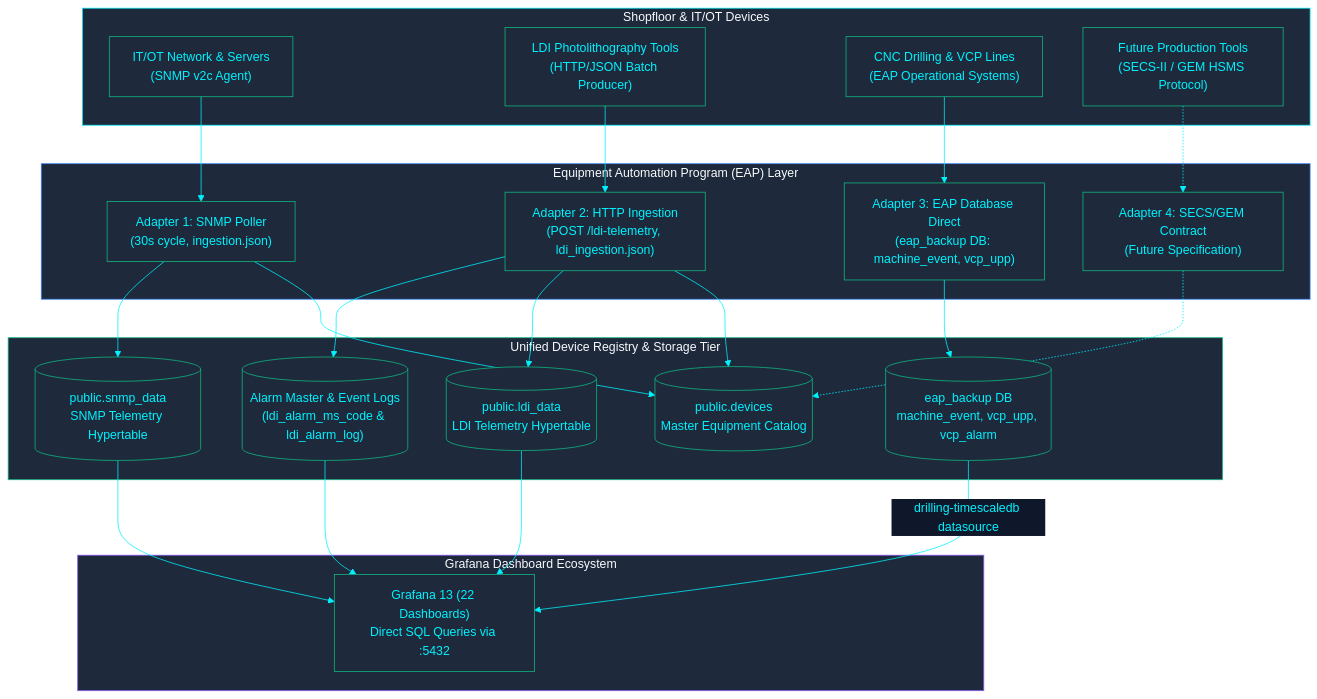
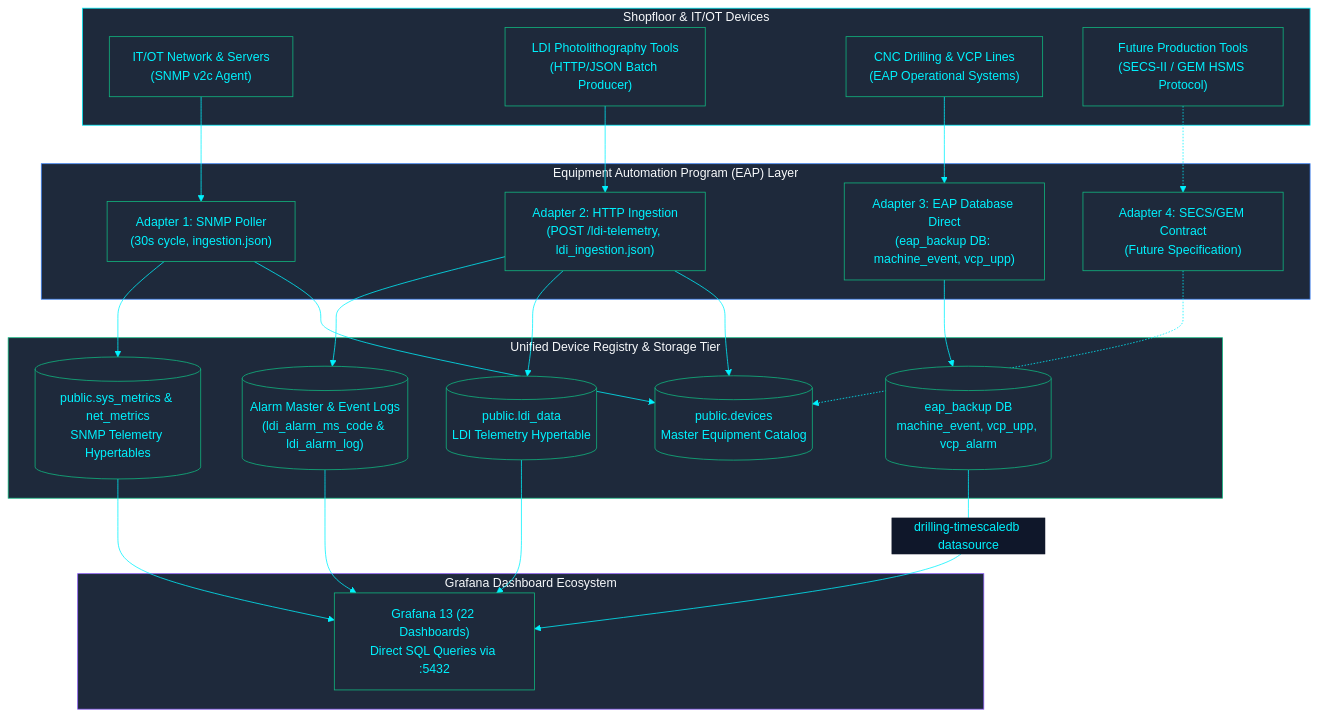
Before and after one commit to PATTANAKORN025/IMS: the diagram in docs/architecture/EAP_ARCHITECTURE.md, drawn with Mermaid. The commit also changed 19 other files, not shown here.

First line of the commit message:
docs(architecture): eliminate phantom snmp_data and align diagrams with true schema

````diff
--- a/docs/architecture/EAP_ARCHITECTURE.md
+++ b/docs/architecture/EAP_ARCHITECTURE.md
@@ -30,47 +30,47 @@
 ```mermaid
 %%{init: {'theme': 'base', 'themeVariables': { 'primaryColor': '#1e293b', 'primaryTextColor': '#00F2FE', 'primaryBorderColor': '#10B981', 'lineColor': '#00F2FE', 'secondaryColor': '#0f172a', 'tertiaryColor': '#0f172a', 'clusterBkg': '#030407', 'clusterBorder': '#00F2FE'}}}%%
 flowchart TB
   subgraph SOURCES["Shopfloor & IT/OT Devices"]
     S1["IT/OT Network & Servers\n(SNMP v2c Agent)"]
     S2["LDI Photolithography Tools\n(HTTP/JSON Batch Producer)"]
     S3["CNC Drilling & VCP Lines\n(EAP Operational Systems)"]
     S4["Future Production Tools\n(SECS-II / GEM HSMS Protocol)"]
   end
 
   subgraph ADAPTERS["Equipment Automation Program (EAP) Layer"]
     A1["Adapter 1: SNMP Poller\n(30s cycle, ingestion.json)"]
     A2["Adapter 2: HTTP Ingestion\n(POST /ldi-telemetry, ldi_ingestion.json)"]
     A3["Adapter 3: EAP Database Direct\n(eap_backup DB: machine_event, vcp_upp)"]
     A4["Adapter 4: SECS/GEM Contract\n(Future Specification)"]
   end
 
   subgraph REGISTRY["Unified Device Registry & Storage Tier"]
     DEV[("public.devices\nMaster Equipment Catalog")]
-    HT_SYS[("public.snmp_data\nSNMP Telemetry Hypertable")]
+    HT_SYS[("public.sys_metrics & net_metrics\nSNMP Telemetry Hypertables")]
     HT_LDI[("public.ldi_data\nLDI Telemetry Hypertable")]
     EAP_DB[("eap_backup DB\nmachine_event, vcp_upp, vcp_alarm")]
     ALARM[("Alarm Master & Event Logs\n(ldi_alarm_ms_code & ldi_alarm_log)")]
   end
 
   subgraph VISUALIZATION["Grafana Dashboard Ecosystem"]
     GRAF["Grafana 13 (22 Dashboards)\nDirect SQL Queries via :5432"]
   end
 
   S1 --> A1 --> DEV
   A1 --> HT_SYS
   S2 --> A2 --> DEV
   A2 --> HT_LDI
   A2 --> ALARM
   S3 --> A3 --> EAP_DB
   S4 -.-> A4 -.-> DEV
 
   HT_SYS --> GRAF
   HT_LDI --> GRAF
   EAP_DB -->|"drilling-timescaledb datasource"| GRAF
   ALARM --> GRAF
 
   style SOURCES fill:#1e293b,stroke:#00F2FE,color:#f8fafc
   style ADAPTERS fill:#1e293b,stroke:#3b82f6,color:#f8fafc
   style REGISTRY fill:#1e293b,stroke:#10B981,color:#f8fafc
   style VISUALIZATION fill:#1e293b,stroke:#8B5CF6,color:#f8fafc
 ```
````
